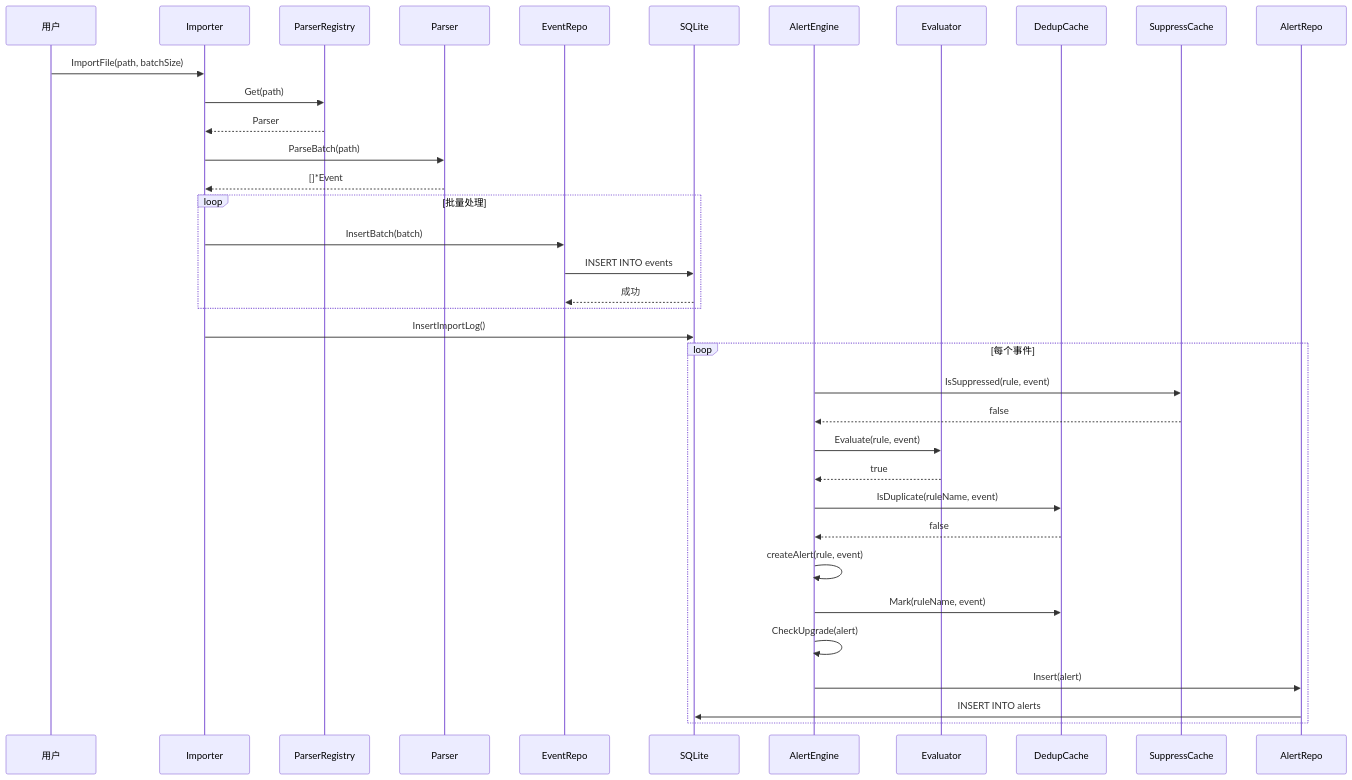
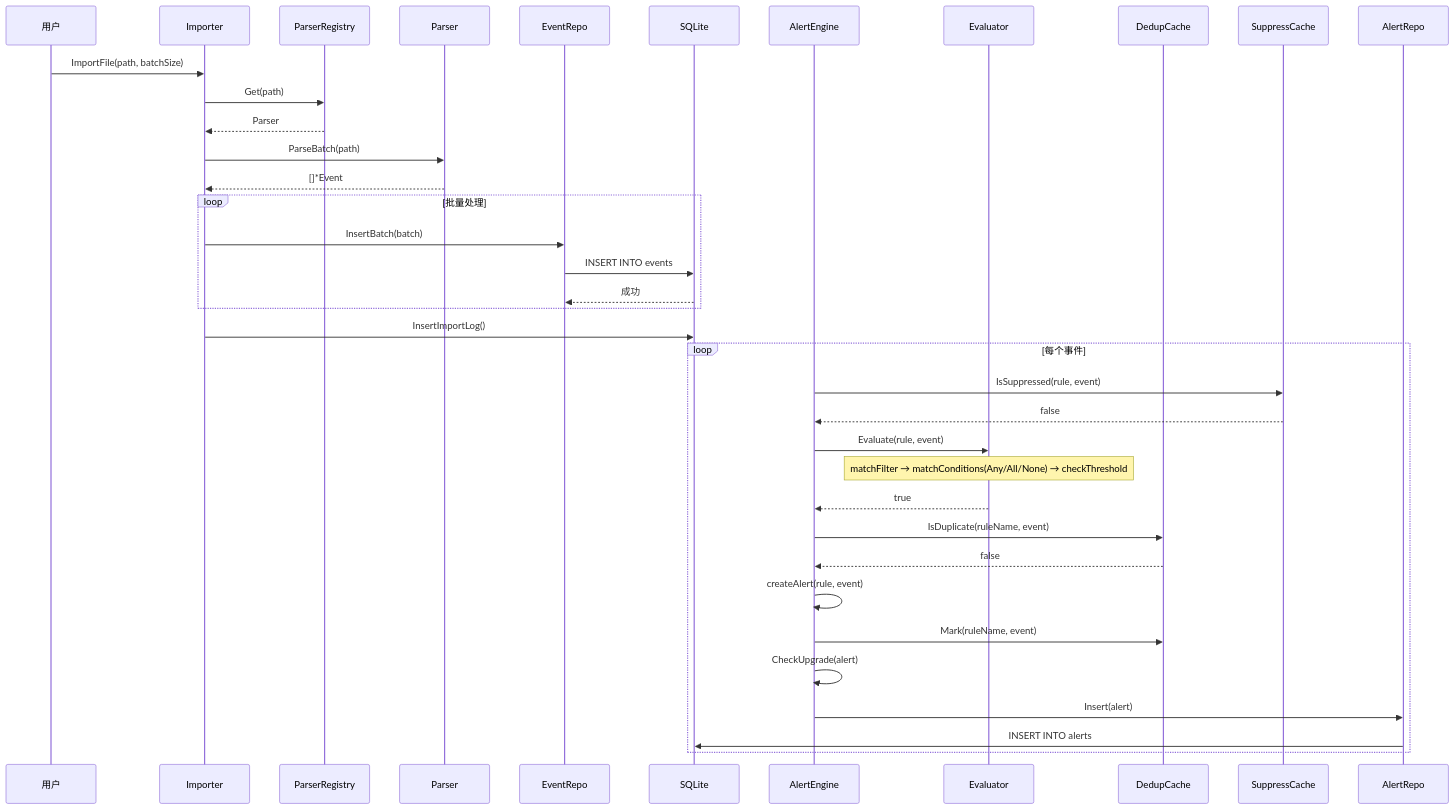
Before and after one commit to kkkdddd-start/winalog-go-fix-: the second of 2 diagrams in winalog-go/.monkeycode/docs/核心概念/数据流.md, drawn with Mermaid. The commit also changed other lines of this file and 30 other files, not shown here.

````diff
--- a/winalog-go/.monkeycode/docs/核心概念/数据流.md
+++ b/winalog-go/.monkeycode/docs/核心概念/数据流.md
@@ -434,44 +492,45 @@
 ```mermaid
 sequenceDiagram
     participant User as 用户
     participant Imp as Importer
     participant Reg as ParserRegistry
     participant Parser as Parser
     participant Repo as EventRepo
     participant DB as SQLite
     participant Engine as AlertEngine
     participant Eval as Evaluator
     participant Dedup as DedupCache
     participant Supp as SuppressCache
     participant ARepo as AlertRepo
 
     User->>Imp: ImportFile(path, batchSize)
     Imp->>Reg: Get(path)
     Reg-->>Imp: Parser
     Imp->>Parser: ParseBatch(path)
     Parser-->>Imp: []*Event
 
     loop 批量处理
         Imp->>Repo: InsertBatch(batch)
         Repo->>DB: INSERT INTO events
         DB-->>Repo: 成功
     end
 
     Imp->>DB: InsertImportLog()
 
     loop 每个事件
         Engine->>Supp: IsSuppressed(rule, event)
         Supp-->>Engine: false
         Engine->>Eval: Evaluate(rule, event)
+        Note over Eval: matchFilter → matchConditions(Any/All/None) → checkThreshold
         Eval-->>Engine: true
 
         Engine->>Dedup: IsDuplicate(ruleName, event)
         Dedup-->>Engine: false
 
         Engine->>Engine: createAlert(rule, event)
         Engine->>Dedup: Mark(ruleName, event)
         Engine->>Engine: CheckUpgrade(alert)
         Engine->>ARepo: Insert(alert)
         ARepo->>DB: INSERT INTO alerts
     end
 ```
````
